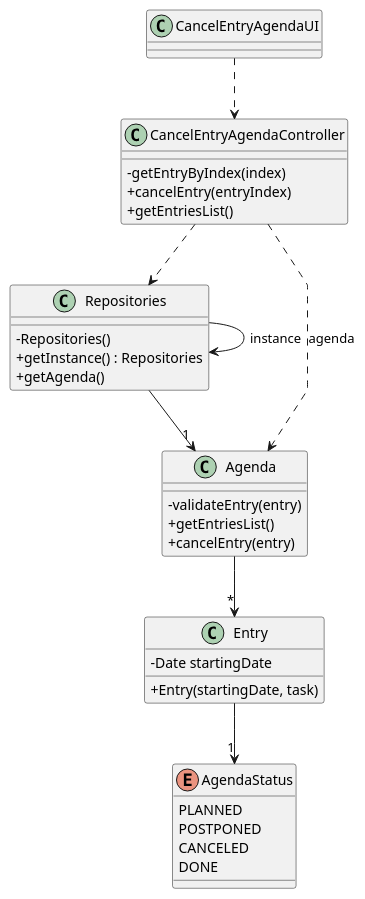
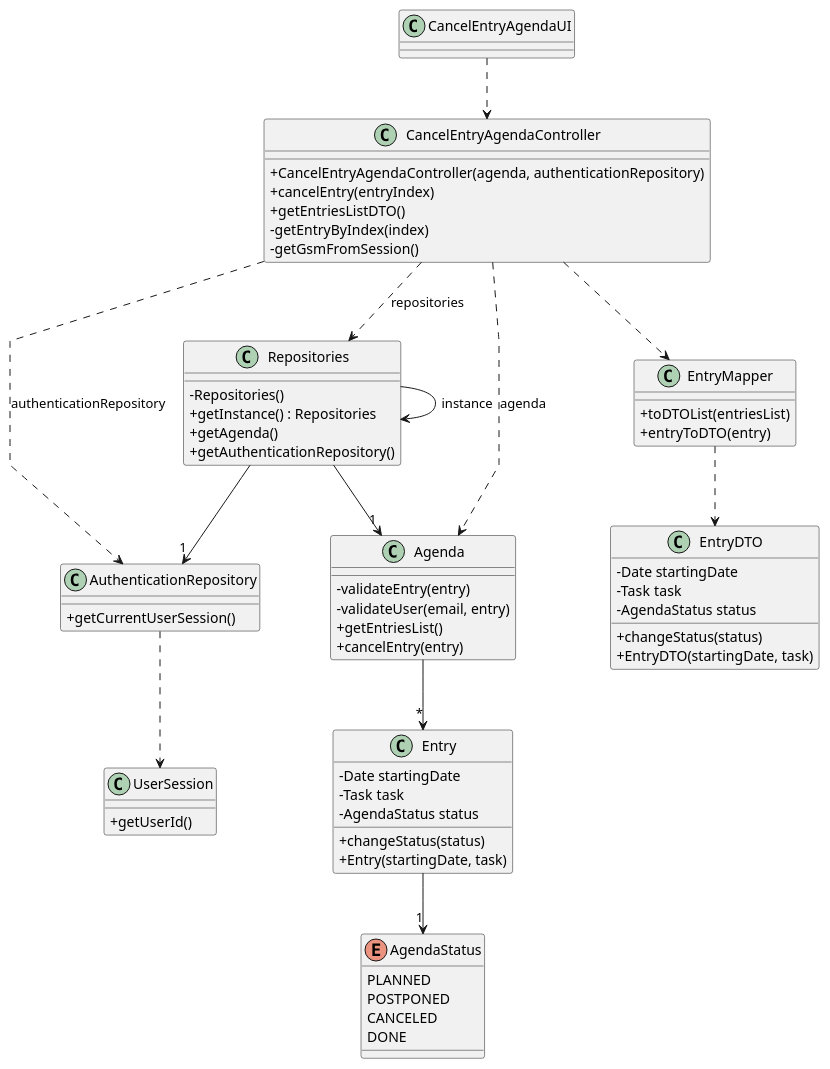
The diagram in docs/sprintA&B&C/us025/03.design/puml/us025-class-diagram.puml (daniel41silva05/ISEP_2023_2024_LAPR2), drawn with PlantUML before and after one commit. The commit also changed 29 other files, not shown here.

```diff
--- a/docs/sprintA&B&C/us025/03.design/puml/us025-class-diagram.puml
+++ b/docs/sprintA&B&C/us025/03.design/puml/us025-class-diagram.puml
@@ -1,57 +1,84 @@
 @startuml
 skinparam packageStyle rectangle
 skinparam shadowing false
 skinparam linetype polyline
 
 
 skinparam classAttributeIconSize 0
 
 class CancelEntryAgendaUI{}
 
 class CancelEntryAgendaController{
+    +CancelEntryAgendaController(agenda, authenticationRepository)
+    +cancelEntry(entryIndex)
+    +getEntriesListDTO()
     -getEntryByIndex(index)
-    +cancelEntry(entryIndex)
-    +getEntriesList()
+    -getGsmFromSession()
 
 }
 
 class Repositories{
     -Repositories()
     +getInstance() : Repositories
     +getAgenda()
+    +getAuthenticationRepository()
+}
+
+class AuthenticationRepository {
+    +getCurrentUserSession()
+}
+
+class UserSession {
+    +getUserId()
+}
+
+class EntryMapper {
+    +toDTOList(entriesList)
+    +entryToDTO(entry)
+}
+
+class EntryDTO {
+    -Date startingDate
+    -Task task
+    -AgendaStatus status
+    +changeStatus(status)
+    +EntryDTO(startingDate, task)
 }
 
 class Agenda{
     -validateEntry(entry)
+    -validateUser(email, entry)
     +getEntriesList()
     +cancelEntry(entry)
 }
 
 class Entry{
     -Date startingDate
+    -Task task
+    -AgendaStatus status
+    +changeStatus(status)
     +Entry(startingDate, task)
 }
 
 enum AgendaStatus {
     PLANNED
     POSTPONED
     CANCELED
     DONE
 }
 
 CancelEntryAgendaUI ..> CancelEntryAgendaController
-
-CancelEntryAgendaController ..> Repositories
-
+CancelEntryAgendaController ..> Repositories : repositories
+CancelEntryAgendaController ..> AuthenticationRepository : authenticationRepository
 CancelEntryAgendaController ..> Agenda: agenda
-
 Repositories --> Repositories: instance
-
 Repositories --> "1" Agenda
-
+Repositories --> "1" AuthenticationRepository
+AuthenticationRepository ..> UserSession
+CancelEntryAgendaController ..> EntryMapper
+EntryMapper ..> EntryDTO
 Agenda --> "*" Entry
-
 Entry --> "1" AgendaStatus
 
 
 @enduml
```
